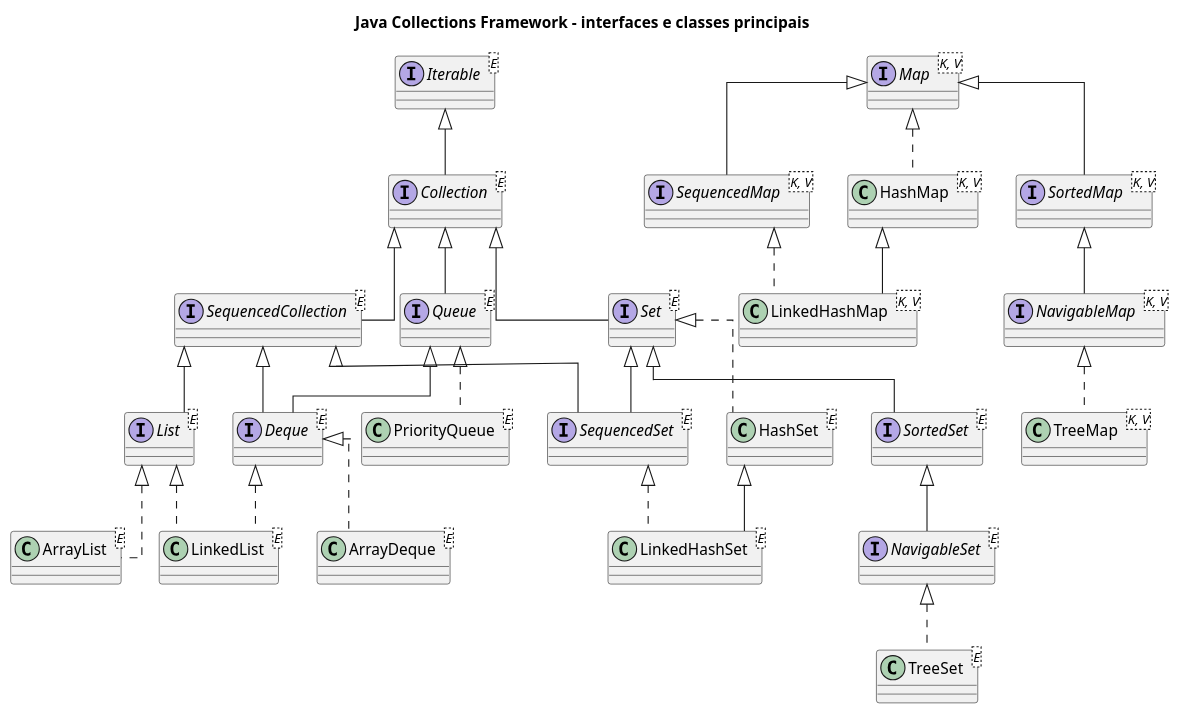
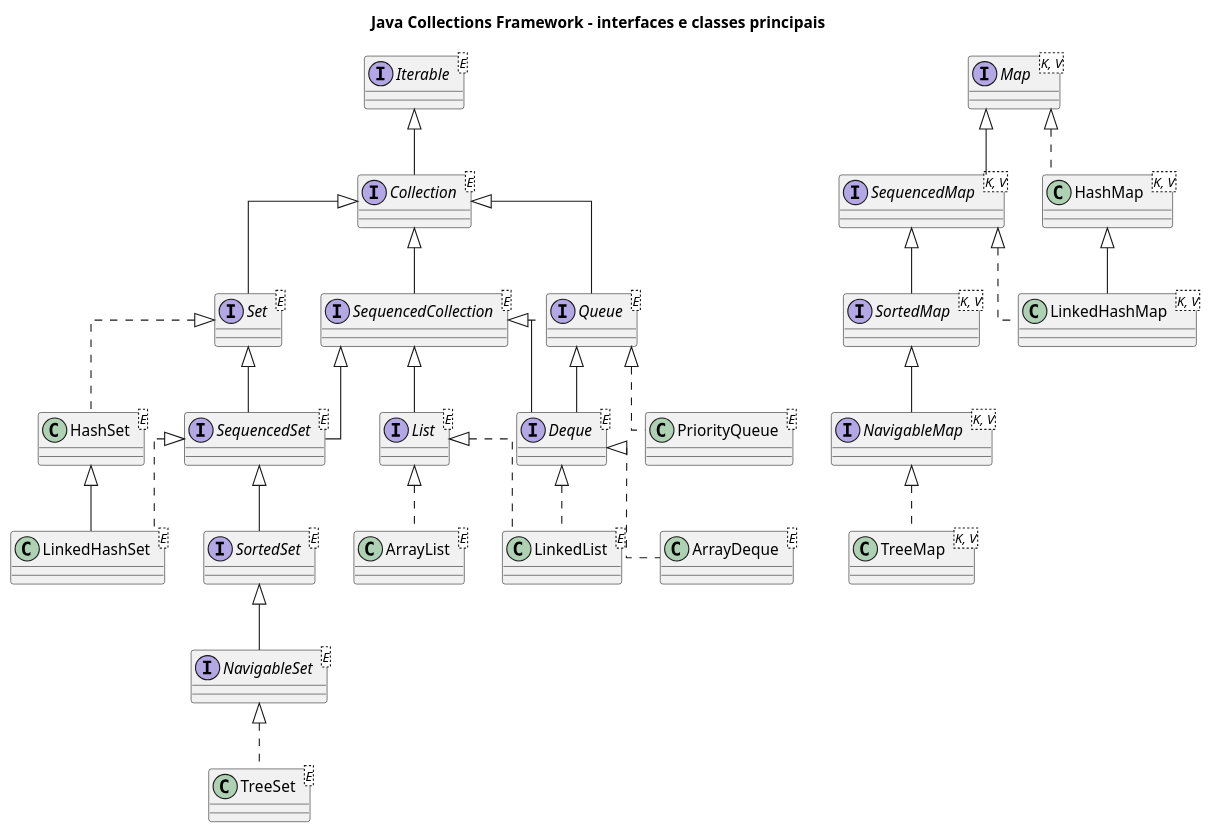
One commit to fabriciosantana/idp-marp-slides changed the diagram in subjects/poo/code/11-classes.puml. Above: the diagram before and after it, drawn with PlantUML. The commit also changed 12 other files, not shown here.

```diff
--- a/subjects/poo/code/11-classes.puml
+++ b/subjects/poo/code/11-classes.puml
@@ -1,75 +1,75 @@
 @startuml
 title Java Collections Framework - interfaces e classes principais
 
 skinparam classAttributeIconSize 0
 skinparam linetype ortho
 
 interface Iterable<E>
 interface Collection<E>
 interface SequencedCollection<E>
 
 interface List<E>
 interface Set<E>
 interface SequencedSet<E>
 interface SortedSet<E>
 interface NavigableSet<E>
 
 interface Queue<E>
 interface Deque<E>
 
 interface Map<K, V>
 interface SequencedMap<K, V>
 interface SortedMap<K, V>
 interface NavigableMap<K, V>
 
 class ArrayList<E>
 class LinkedList<E>
 
 class HashSet<E>
 class LinkedHashSet<E>
 class TreeSet<E>
 
 class PriorityQueue<E>
 class ArrayDeque<E>
 
 class HashMap<K, V>
 class LinkedHashMap<K, V>
 class TreeMap<K, V>
 
 Iterable <|-- Collection
 
 Collection <|-- SequencedCollection
 SequencedCollection <|-- List
-SequencedCollection <|-- SequencedSet
-SequencedCollection <|-- Deque
 
 Collection <|-- Set
 Set <|-- SequencedSet
-Set <|-- SortedSet
+SequencedCollection <|-- SequencedSet
+SequencedSet <|-- SortedSet
 SortedSet <|-- NavigableSet
 
 Collection <|-- Queue
 Queue <|-- Deque
+SequencedCollection <|-- Deque
 
 Map <|-- SequencedMap
-Map <|-- SortedMap
+SequencedMap <|-- SortedMap
 SortedMap <|-- NavigableMap
 
 List <|.. ArrayList
 List <|.. LinkedList
 Deque <|.. LinkedList
 
 Set <|.. HashSet
 SequencedSet <|.. LinkedHashSet
 HashSet <|-- LinkedHashSet
 NavigableSet <|.. TreeSet
 
 Queue <|.. PriorityQueue
 Deque <|.. ArrayDeque
 
 Map <|.. HashMap
 SequencedMap <|.. LinkedHashMap
 HashMap <|-- LinkedHashMap
 NavigableMap <|.. TreeMap
 
 @enduml
```
